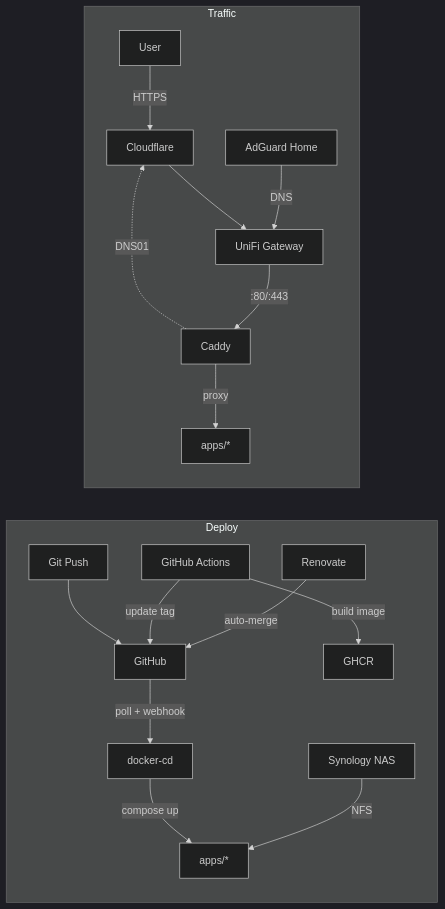
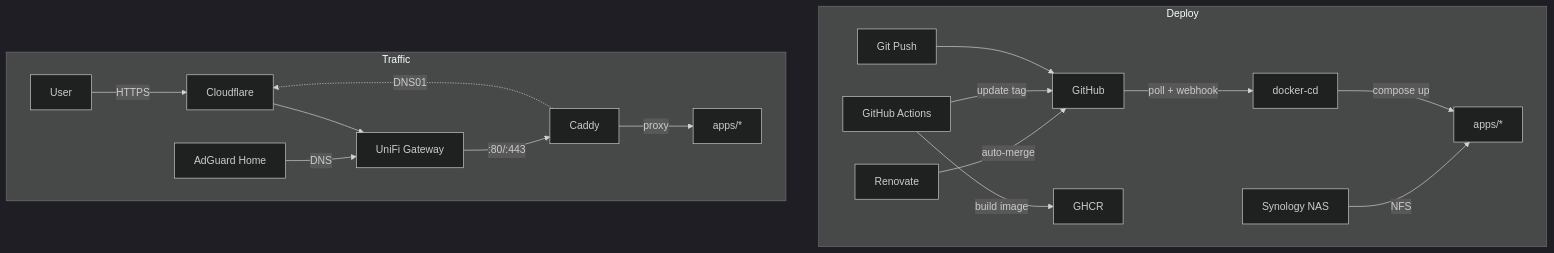
The diagram in README.md (wajeht/home-ops), drawn with Mermaid (dark theme) before and after one commit.

Commit message:
docs: update architecture diagram to improve clarity

````diff
--- a/README.md
+++ b/README.md
@@ -16,21 +16,23 @@
 ```mermaid
-flowchart LR
+flowchart TB
     subgraph deploy[Deploy]
+        direction LR
         git[Git Push] --> github[GitHub]
         actions[GitHub Actions] -->|build image| ghcr[GHCR]
         actions -->|update tag| github
         renovate[Renovate] -->|auto-merge| github
         github -->|poll + webhook| docker_cd[docker-cd]
         docker_cd -->|compose up| apps[apps/*]
         nas[Synology NAS] -->|NFS| apps
     end
 
     subgraph traffic[Traffic]
+        direction LR
         user[User] -->|HTTPS| cf[Cloudflare]
         cf --> unifi[UniFi Gateway]
         adguard[AdGuard Home] -->|DNS| unifi
         unifi -->|:80/:443| caddy[Caddy]
         caddy -->|proxy| apps2[apps/*]
         caddy -.->|DNS01| cf
     end
 ```
````
